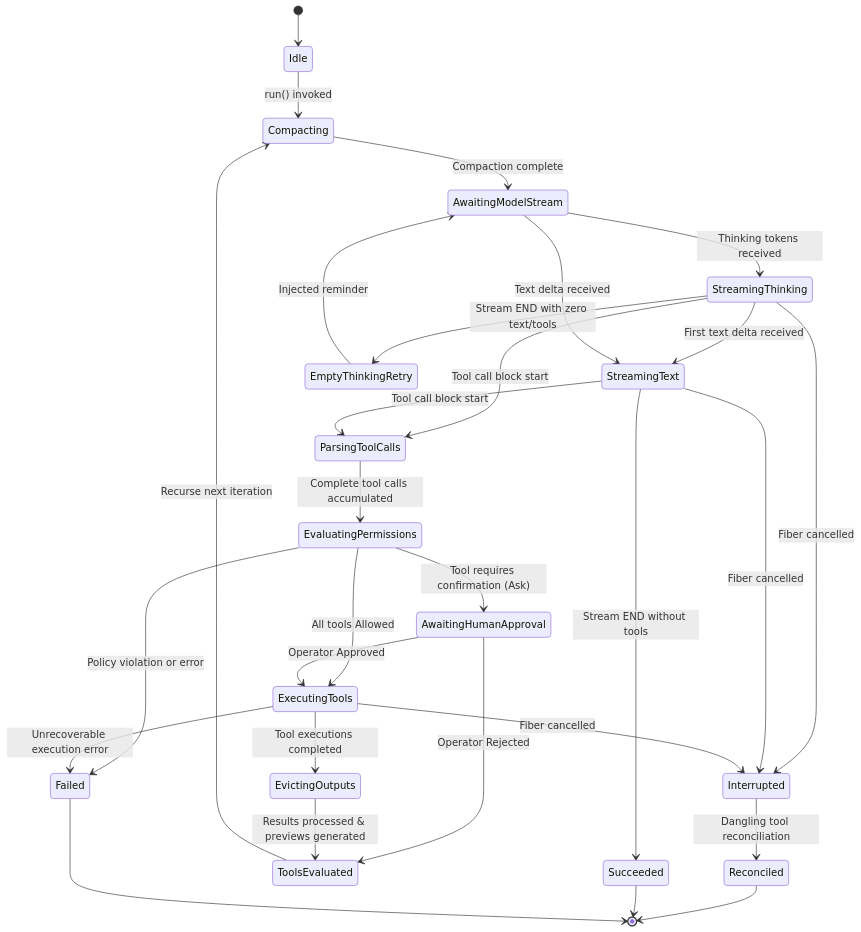
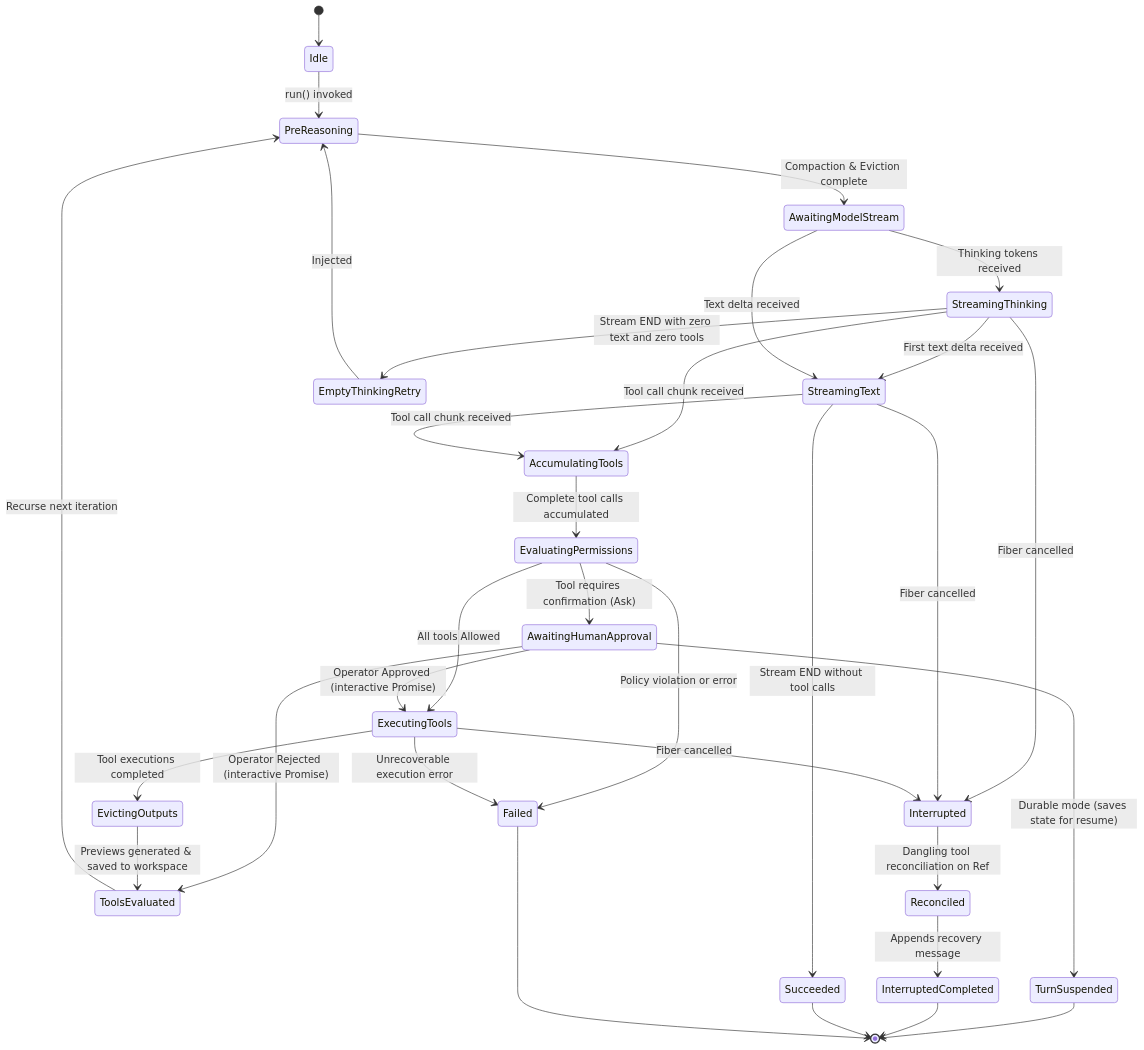
One commit to weisgnosis/weisgnosis-agents changed the second of 4 diagrams in docs/architecture/mid-level-design.md. Above: the diagram before and after it, drawn with Mermaid. The commit also changed other lines of this file and 3 other files, not shown here.

First line of the commit message:
docs: refine architecture specifications (HLD, MLD, LLD) with deep audit corrections

````diff
--- a/docs/architecture/mid-level-design.md
+++ b/docs/architecture/mid-level-design.md
@@ -54,36 +55,40 @@
 ```mermaid
 stateDiagram-v2
     [*] --> Idle
-    Idle --> Compacting : run() invoked
-    Compacting --> AwaitingModelStream : Compaction complete
+    Idle --> PreReasoning : run() invoked
+    PreReasoning --> AwaitingModelStream : Compaction & Eviction complete
     AwaitingModelStream --> StreamingThinking : Thinking tokens received
     StreamingThinking --> StreamingText : First text delta received
-    StreamingThinking --> ParsingToolCalls : Tool call block start
+    StreamingThinking --> AccumulatingTools : Tool call chunk received
     AwaitingModelStream --> StreamingText : Text delta received
-    StreamingText --> ParsingToolCalls : Tool call block start
+    StreamingText --> AccumulatingTools : Tool call chunk received
     
-    StreamingText --> Succeeded : Stream END without tools
-    StreamingThinking --> EmptyThinkingRetry : Stream END with zero text/tools
-    EmptyThinkingRetry --> AwaitingModelStream : Injected reminder
+    StreamingText --> Succeeded : Stream END without tool calls
+    StreamingThinking --> EmptyThinkingRetry : Stream END with zero text and zero tools
+    EmptyThinkingRetry --> PreReasoning : Injected <system-reminder>
     
-    ParsingToolCalls --> EvaluatingPermissions : Complete tool calls accumulated
+    AccumulatingTools --> EvaluatingPermissions : Complete tool calls accumulated
     EvaluatingPermissions --> ExecutingTools : All tools Allowed
     EvaluatingPermissions --> AwaitingHumanApproval : Tool requires confirmation (Ask)
-    AwaitingHumanApproval --> ExecutingTools : Operator Approved
-    AwaitingHumanApproval --> ToolsEvaluated : Operator Rejected
+    
+    AwaitingHumanApproval --> ExecutingTools : Operator Approved (interactive Promise)
+    AwaitingHumanApproval --> ToolsEvaluated : Operator Rejected (interactive Promise)
+    AwaitingHumanApproval --> TurnSuspended : Durable mode (saves state for resume)
+    TurnSuspended --> [*]
     
     ExecutingTools --> EvictingOutputs : Tool executions completed
-    EvictingOutputs --> ToolsEvaluated : Results processed & previews generated
-    ToolsEvaluated --> Compacting : Recurse next iteration
+    EvictingOutputs --> ToolsEvaluated : Previews generated & saved to workspace
+    ToolsEvaluated --> PreReasoning : Recurse next iteration
     
     EvaluatingPermissions --> Failed : Policy violation or error
     ExecutingTools --> Failed : Unrecoverable execution error
     
     StreamingThinking --> Interrupted : Fiber cancelled
     StreamingText --> Interrupted : Fiber cancelled
     ExecutingTools --> Interrupted : Fiber cancelled
-    Interrupted --> Reconciled : Dangling tool reconciliation
-    Reconciled --> [*]
+    Interrupted --> Reconciled : Dangling tool reconciliation on Ref
+    Reconciled --> InterruptedCompleted : Appends recovery message
+    InterruptedCompleted --> [*]
     Succeeded --> [*]
     Failed --> [*]
 ```
````
